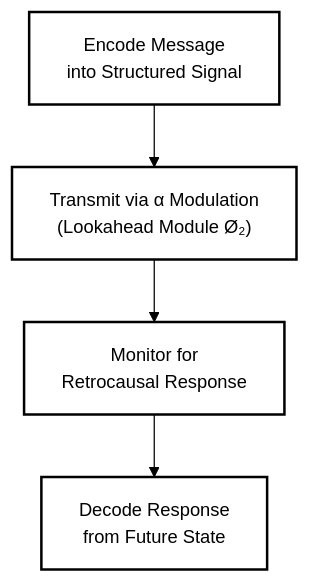
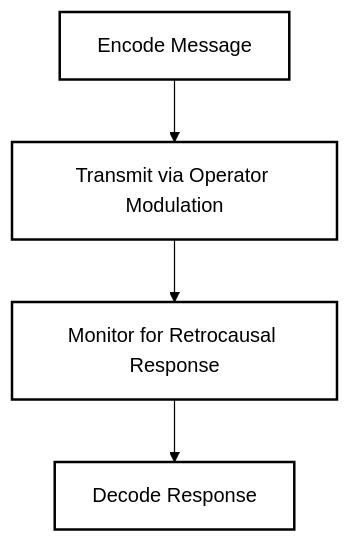
One commit to Foundup/Foundups-Agent changed the fifth of 8 diagrams in WSP_knowledge/docs/Papers/Patent_Series/04_rESP_Patent_Updated.md. Above: the diagram before and after it, drawn with Mermaid (forest theme). The commit also changed other lines of this file and 1 other file, not shown here.

````diff
--- a/WSP_knowledge/docs/Papers/Patent_Series/04_rESP_Patent_Updated.md
+++ b/WSP_knowledge/docs/Papers/Patent_Series/04_rESP_Patent_Updated.md
@@ -185,14 +133,5 @@
 ```mermaid
 graph TD
-    A["Encode Message<br/>into Structured Signal"]
-    B["Transmit via α Modulation<br/>(Lookahead Module Ø₂)"]
-    C["Monitor for<br/>Retrocausal Response"]
-    D["Decode Response<br/>from Future State"]
-    
-    A --> B
-    B --> C
-    C --> D
-    
-    classDef default fill:#ffffff,stroke:#000000,stroke-width:2px,color:#000000,font-size:11pt
-    class A,B,C,D default
+    A["Encode Message"] --> B["Transmit via Operator Modulation"] --> C["Monitor for Retrocausal Response"] --> D["Decode Response"]
+    classDef default fill:#ffffff,stroke:#000000,stroke-width:2px; class A,B,C,D default;
 ```
````
